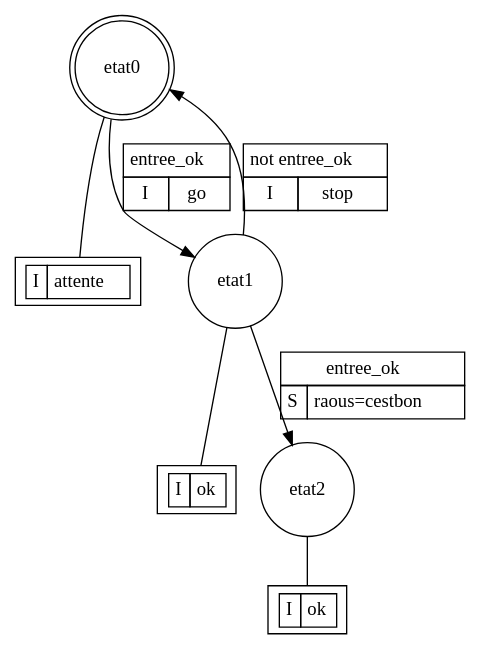
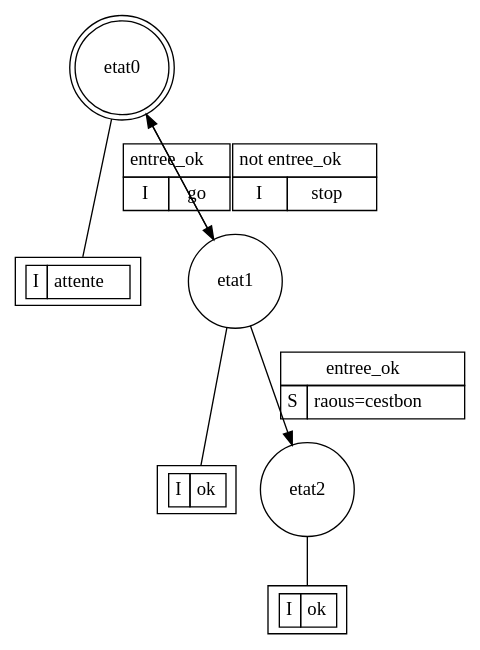
Before and after one commit to bvandepo/FSMProcess: the diagram in fsm7edit.dot, drawn with Graphviz. The commit also changed 2 other files, not shown here.

Commit message:
some improvements for displaying dot graphs

```diff
--- a/fsm7edit.dot
+++ b/fsm7edit.dot
@@ -1,48 +1,49 @@
 ///////////////////////////////////////////////////////////////////////////////////////////////////////////
 // Finite State Machine .dot diagram autogenerated by FsmProcess B. VANDEPORTAELE LAAS/CNRS 2016
 ///////////////////////////////////////////////////////////////////////////////////////////////////////////
 digraph finite_state_machine {
     	//rankdir=LR;
     	size="10";
 ///////////////////////////////////////////////////////////////////////////////////////////////////////////
 // Finite State Machine Name: fsm7
 ///////////////////////////////////////////////////////////////////////////////////////////////////////////
 //////////////////display  states//////////////////
-    	//State:
+ splines=line;    	
+//State:
     	etat0 [shape=doublecircle, pos = "0,0!"];
     	//Action on state:
     	stateactionetat0  [shape=box,label=   <<TABLE BORDER="0" CELLBORDER="1" CELLSPACING="0" CELLPADDING="4">
     	    	<TR><TD>I</TD><TD>attente</TD> </TR>
     	    	</TABLE>>  ];
     	//attach the action on the state
     	etat0 ->stateactionetat0  [arrowhead=none]     ;
     	//State:
     	etat1 [shape=circle, pos = "0,5!"];
     	//Action on state:
     	stateactionetat1  [shape=box,label=   <<TABLE BORDER="0" CELLBORDER="1" CELLSPACING="0" CELLPADDING="4">
     	    	<TR><TD>I</TD><TD>ok</TD> </TR>
     	    	</TABLE>>  ];
     	//attach the action on the state
     	etat1 ->stateactionetat1  [arrowhead=none]     ;
     	//State:
     	etat2 [shape=circle,pos = "0,10!"];
     	//Action on state:
     	stateactionetat2  [shape=box,label=   <<TABLE BORDER="0" CELLBORDER="1" CELLSPACING="0" CELLPADDING="4">
     	    	<TR><TD>I</TD><TD>ok</TD> </TR>
     	    	</TABLE>>  ];
     	//attach the action on the state
     	etat2 ->stateactionetat2  [arrowhead=none]     ;
 //////////////////display  transitions//////////////////
     	etat0 -> etat1[shape=box, label=  <<TABLE BORDER="0" CELLBORDER="1" CELLSPACING="0" CELLPADDING="4">
     	    	<TR>   <TD COLSPAN="2">entree_ok</TD> </TR>
     	    	<TR><TD>I</TD><TD>go</TD> </TR>
     	    	</TABLE>>  ];
     	etat1 -> etat0[shape=box, label=  <<TABLE BORDER="0" CELLBORDER="1" CELLSPACING="0" CELLPADDING="4">
     	    	<TR>   <TD COLSPAN="2">not entree_ok</TD> </TR>
     	    	<TR><TD>I</TD><TD>stop</TD> </TR>
     	    	</TABLE>>  ];
     	etat1 -> etat2[shape=box, label=  <<TABLE BORDER="0" CELLBORDER="1" CELLSPACING="0" CELLPADDING="4">
     	    	<TR>   <TD COLSPAN="2">entree_ok</TD> </TR>
     	    	<TR><TD>S</TD><TD>raous=cestbon</TD> </TR>
     	    	</TABLE>>  ];
 }
```
